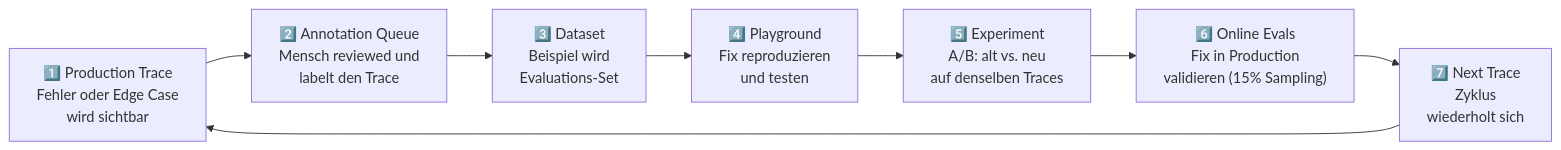
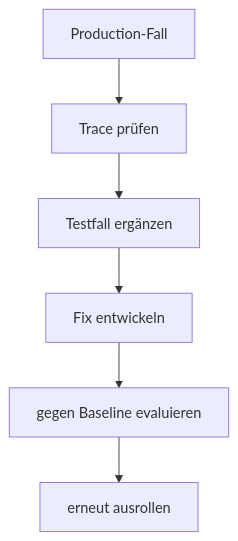
The second of 2 diagrams in docs/concepts/Evaluation_Observability.md (ralf-42/Agenten), drawn with Mermaid before and after one commit. The commit also changed other lines of this file and 15 other files, not shown here.

````diff
--- a/docs/concepts/Evaluation_Observability.md
+++ b/docs/concepts/Evaluation_Observability.md
@@ -508,10 +211,8 @@
 ```mermaid
-flowchart LR
-    A["1️⃣ Production Trace\nFehler oder Edge Case\nwird sichtbar"] --> B
-    B["2️⃣ Annotation Queue\nMensch reviewed und\nlabelt den Trace"] --> C
-    C["3️⃣ Dataset\nBeispiel wird\nEvaluations-Set"] --> D
-    D["4️⃣ Playground\nFix reproduzieren\nund testen"] --> E
-    E["5️⃣ Experiment\nA/B: alt vs. neu\nauf denselben Traces"] --> F
-    F["6️⃣ Online Evals\nFix in Production\nvalidieren (15% Sampling)"] --> G
-    G["7️⃣ Next Trace\nZyklus\nwiederholt sich"] --> A
+flowchart TD
+    A["Production-Fall"] --> B["Trace prüfen"]
+    B --> C["Testfall ergänzen"]
+    C --> D["Fix entwickeln"]
+    D --> E["gegen Baseline evaluieren"]
+    E --> F["erneut ausrollen"]
 ```
````
